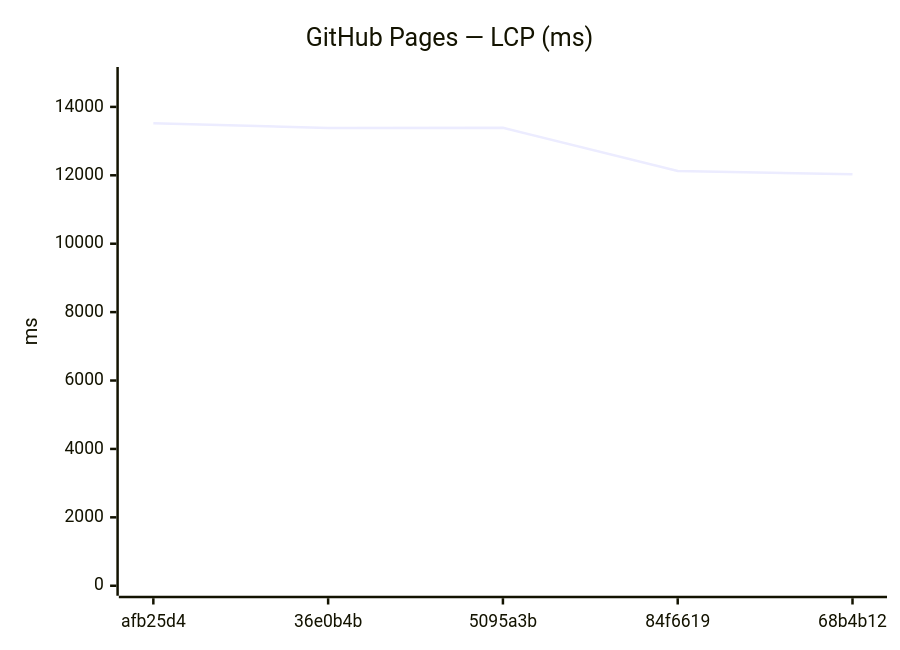
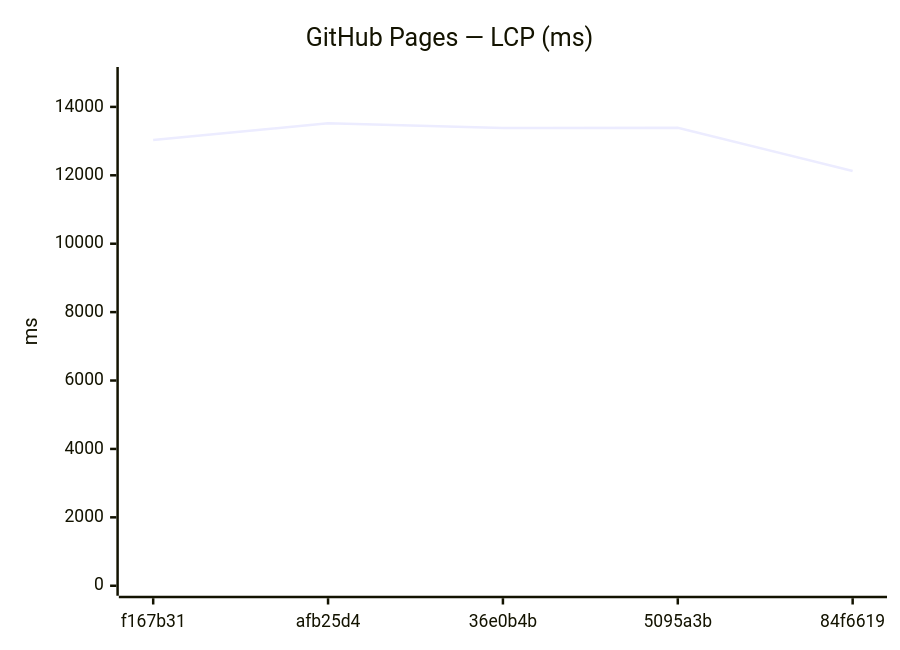
Before and after one commit to Metaheurist/Rianell: the ninth of 18 diagrams in benchmarks/compare.md, drawn with Mermaid. The commit also changed other lines of this file and 11 other files, not shown here.

````diff
--- a/benchmarks/compare.md
+++ b/benchmarks/compare.md
@@ -142,7 +142,7 @@
 ```mermaid
 xychart-beta
     title "GitHub Pages — LCP (ms)"
-    x-axis ["afb25d4", "36e0b4b", "5095a3b", "84f6619", "68b4b12"]
+    x-axis ["f167b31", "afb25d4", "36e0b4b", "5095a3b", "84f6619"]
     y-axis "ms" 0 --> 14874
-    line [13521, 13383, 13388, 12127, 12028]
+    line [13032, 13521, 13383, 13388, 12127]
 ```
````
